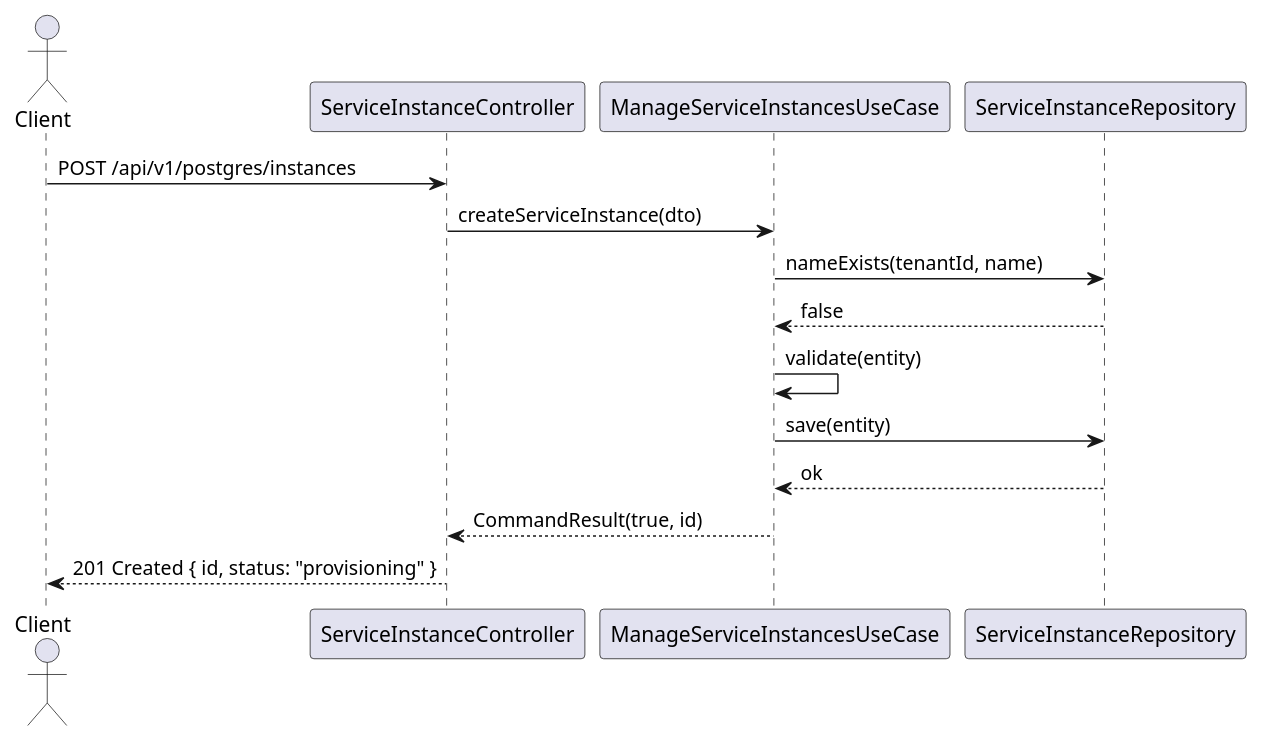
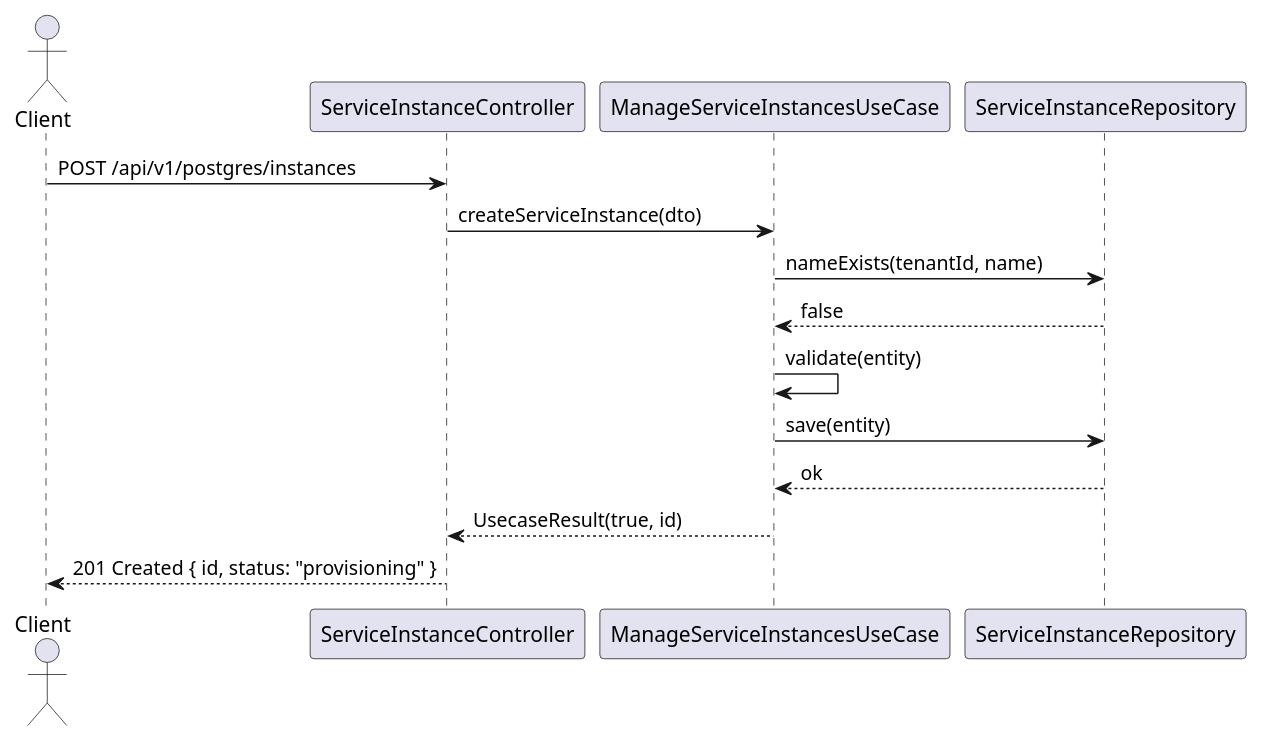
The third of 4 diagrams in postgres/UML.md (UIMSolutions/uim-platform), drawn with PlantUML before and after one commit. The commit also changed 907 other files, not shown here.

Commit message:
Rename CommandResult

````diff
--- a/postgres/UML.md
+++ b/postgres/UML.md
@@ -217,18 +217,18 @@
 ```plantuml
 @startuml sequence_create
 actor Client
 participant "ServiceInstanceController" as C
 participant "ManageServiceInstancesUseCase" as UC
 participant "ServiceInstanceRepository" as R
 
 Client -> C : POST /api/v1/postgres/instances
 C -> UC : createServiceInstance(dto)
 UC -> R : nameExists(tenantId, name)
 R --> UC : false
 UC -> UC : validate(entity)
 UC -> R : save(entity)
 R --> UC : ok
-UC --> C : CommandResult(true, id)
+UC --> C : UsecaseResult(true, id)
 C --> Client : 201 Created { id, status: "provisioning" }
 @enduml
 ```
````
